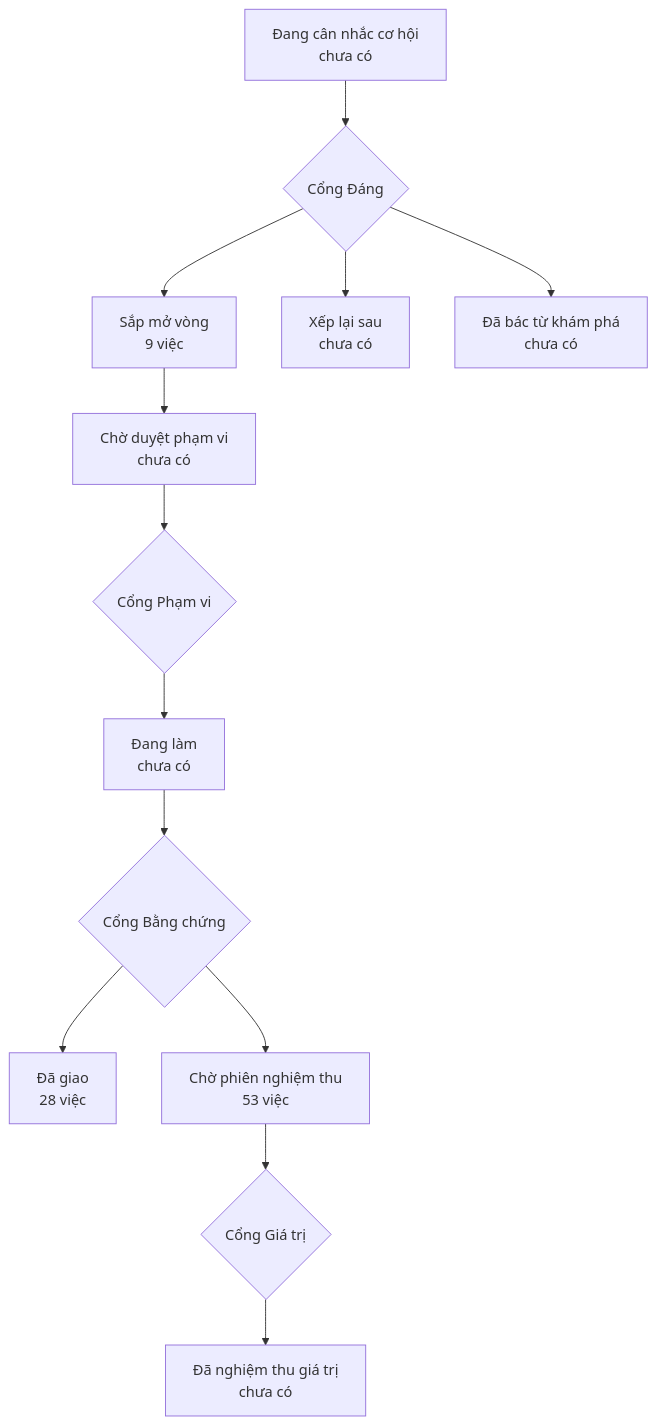
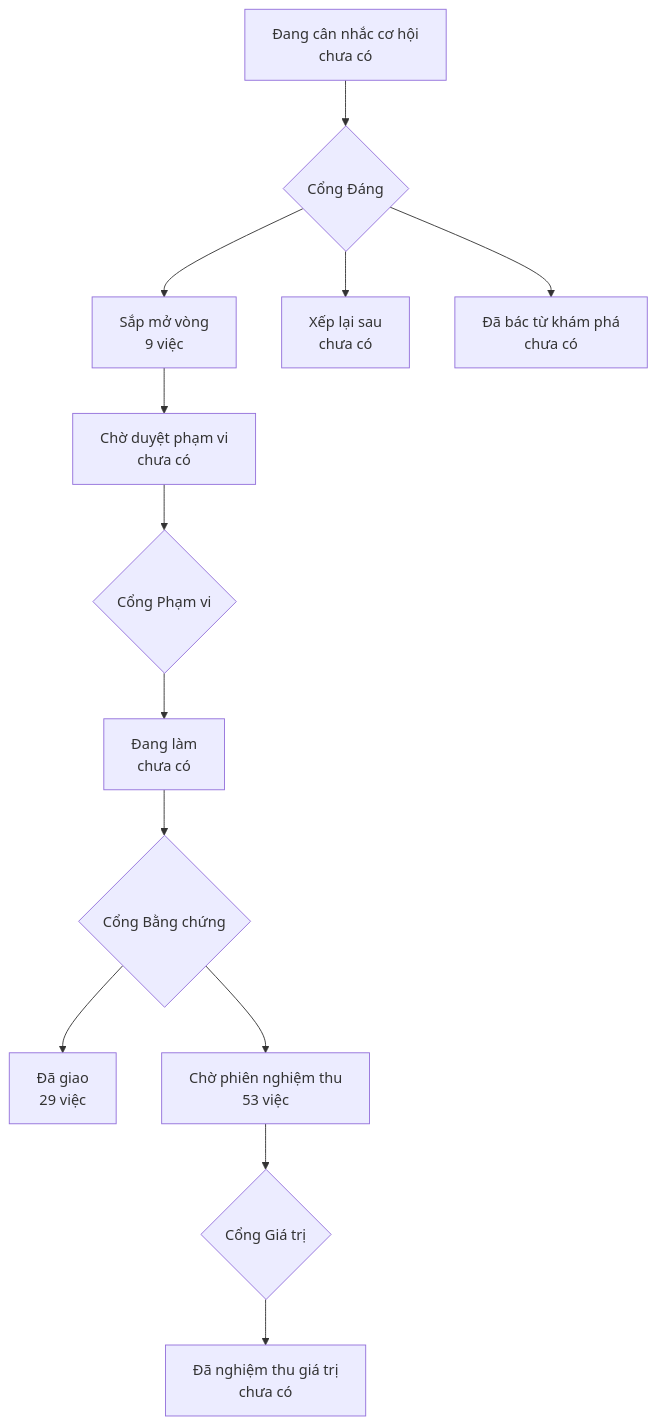
Before and after one commit to phanlemanh/onehub-inventory: the diagram in PRODUCT-MAP.md, drawn with Mermaid. The commit also changed other lines of this file and 1 other file, not shown here.

Commit message:
chore(design-decisions-40-of-40): redraw the product map after merging main

````diff
--- a/PRODUCT-MAP.md
+++ b/PRODUCT-MAP.md
@@ -7,12 +7,12 @@
 ```mermaid
 flowchart TD
   A["Đang cân nhắc cơ hội<br/>chưa có"] --> GD{"Cổng Đáng"}
   GD --> B["Sắp mở vòng<br/>9 việc"]
   GD --> XL["Xếp lại sau<br/>chưa có"]
   GD --> DB["Đã bác từ khám phá<br/>chưa có"]
   B --> CD["Chờ duyệt phạm vi<br/>chưa có"] --> GP{"Cổng Phạm vi"}
   GP --> DL["Đang làm<br/>chưa có"] --> GB{"Cổng Bằng chứng"}
-  GB --> DG["Đã giao<br/>28 việc"]
+  GB --> DG["Đã giao<br/>29 việc"]
   GB --> CN["Chờ phiên nghiệm thu<br/>53 việc"] --> GG{"Cổng Giá trị"}
   GG --> NT["Đã nghiệm thu giá trị<br/>chưa có"]
 ```
````
